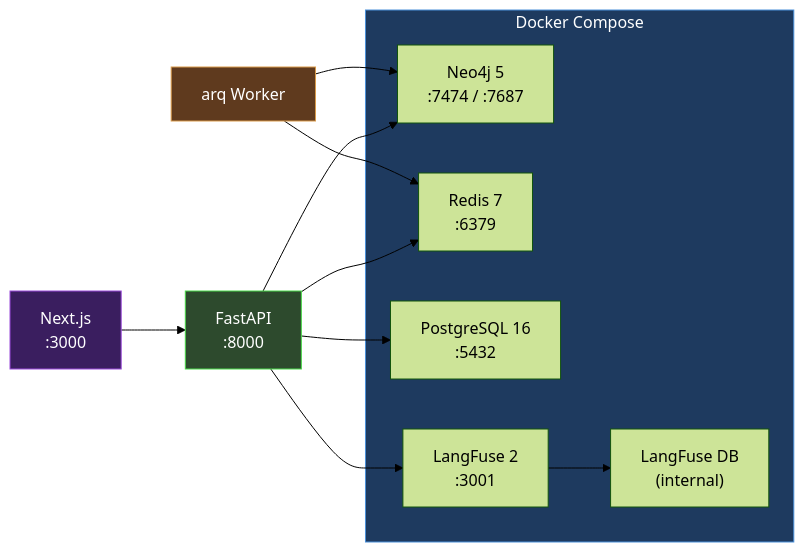
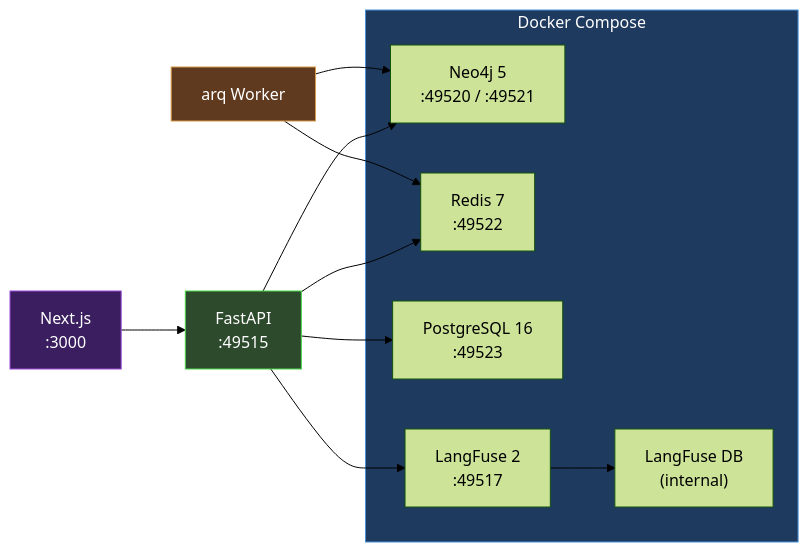
The diagram in docs/deployment.md (xairon/WorldRAG), drawn with Mermaid (forest theme) before and after one commit. The commit also changed other lines of this file and 59 other files, not shown here.

````diff
--- a/docs/deployment.md
+++ b/docs/deployment.md
@@ -79,24 +79,24 @@
 ```mermaid
 graph LR
     subgraph Docker["Docker Compose"]
-        Neo4j["Neo4j 5<br/>:7474 / :7687"]
-        Redis["Redis 7<br/>:6379"]
-        PG["PostgreSQL 16<br/>:5432"]
-        LF["LangFuse 2<br/>:3001"]
+        Neo4j["Neo4j 5<br/>:49520 / :49521"]
+        Redis["Redis 7<br/>:49522"]
+        PG["PostgreSQL 16<br/>:49523"]
+        LF["LangFuse 2<br/>:49517"]
         LFDB["LangFuse DB<br/>(internal)"]
     end
 
-    Backend["FastAPI<br/>:8000"] --> Neo4j
+    Backend["FastAPI<br/>:49515"] --> Neo4j
     Backend --> Redis
     Backend --> PG
     Backend --> LF
     Worker["arq Worker"] --> Neo4j
     Worker --> Redis
     Frontend["Next.js<br/>:3000"] --> Backend
     LF --> LFDB
 
     style Docker fill:#1e3a5f,stroke:#4a90d9,color:#fff
     style Backend fill:#2d4a2d,stroke:#4ad94a,color:#fff
     style Worker fill:#5f3a1e,stroke:#d99a4a,color:#fff
     style Frontend fill:#3a1e5f,stroke:#9a4ad9,color:#fff
 ```
````
